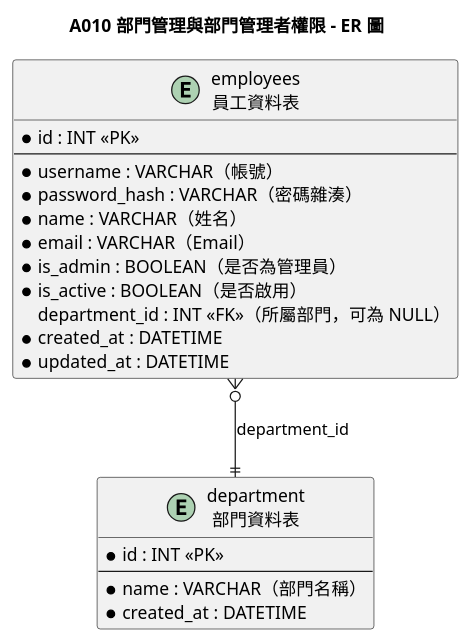
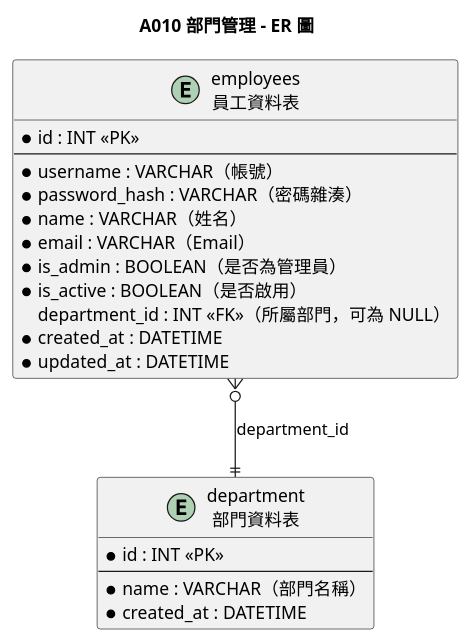
Before and after one commit to teyhawzhe/bento-uml: the diagram in output/A010/A010-er.puml, drawn with PlantUML. The commit also changed 30 other files, not shown here.

```diff
--- a/output/A010/A010-er.puml
+++ b/output/A010/A010-er.puml
@@ -1,28 +1,28 @@
 @startuml A010-er
 
-title A010 部門管理與部門管理者權限 - ER 圖
+title A010 部門管理 - ER 圖
 
 entity "employees\n員工資料表" as employees {
   * id : INT <<PK>>
   --
   * username : VARCHAR（帳號）
   * password_hash : VARCHAR（密碼雜湊）
   * name : VARCHAR（姓名）
   * email : VARCHAR（Email）
   * is_admin : BOOLEAN（是否為管理員）
   * is_active : BOOLEAN（是否啟用）
   department_id : INT <<FK>>（所屬部門，可為 NULL）
   * created_at : DATETIME
   * updated_at : DATETIME
 }
 
 entity "department\n部門資料表" as department {
   * id : INT <<PK>>
   --
   * name : VARCHAR（部門名稱）
   * created_at : DATETIME
 }
 
 employees }o--|| department : "department_id"
 
 @enduml
```
